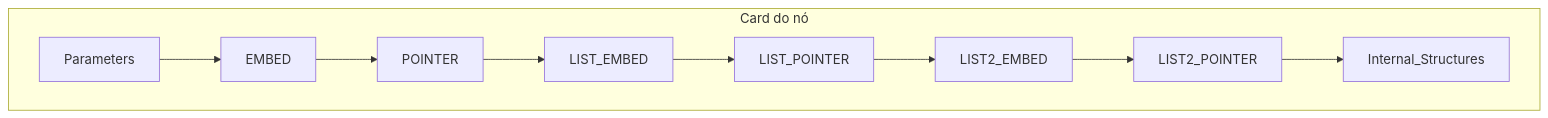
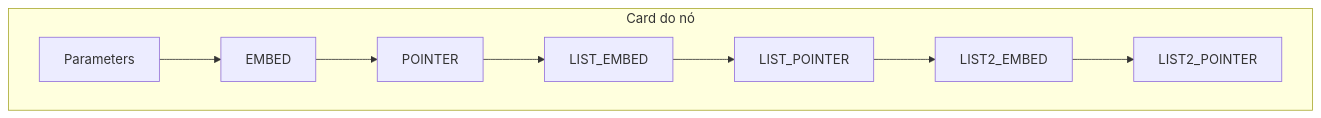
The diagram in feature_md/prompet/prompet_elements.md (JunioCesar96/Node-Graphs-League-of-Legends), drawn with Mermaid before and after one commit. The commit also changed other lines of this file and 29 other files, not shown here.

````diff
--- a/feature_md/prompet/prompet_elements.md
+++ b/feature_md/prompet/prompet_elements.md
@@ -91,14 +94,13 @@
 ```mermaid
 flowchart TB
   subgraph card [Card do nó]
     P[Parameters]
     E[EMBED]
     PT[POINTER]
     LE[LIST_EMBED]
     LP[LIST_POINTER]
     L2E[LIST2_EMBED]
     L2P[LIST2_POINTER]
-    IS[Internal_Structures]
   end
-  P --> E --> PT --> LE --> LP --> L2E --> L2P --> IS
+  P --> E --> PT --> LE --> LP --> L2E --> L2P
 ```
````
